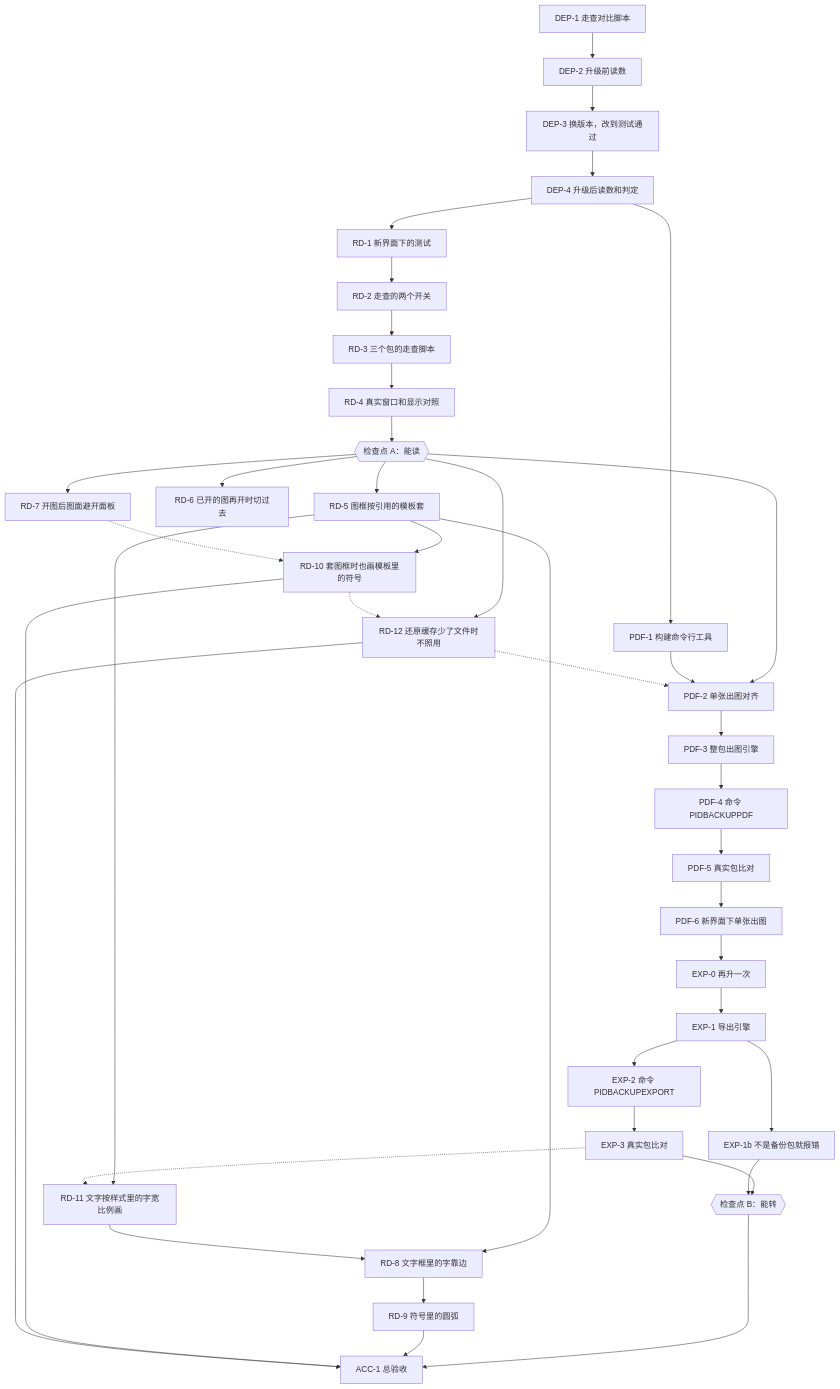
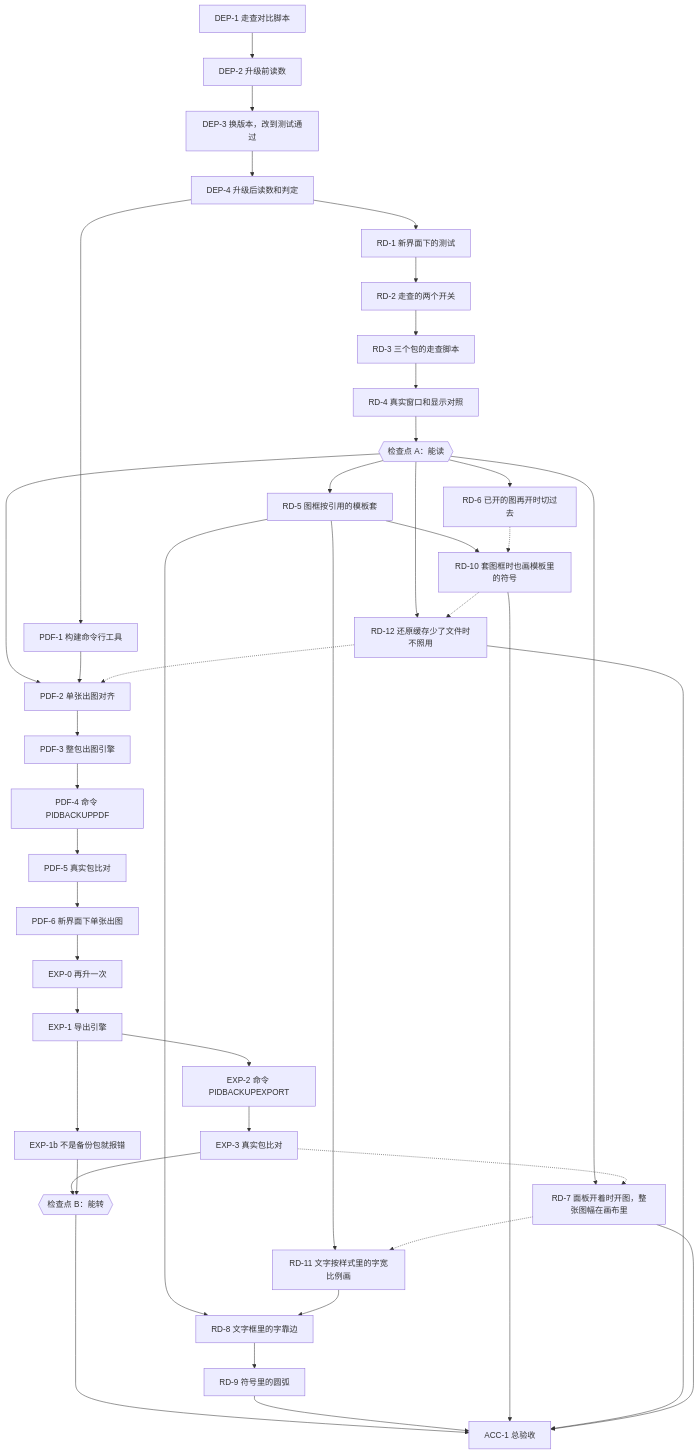
One commit to happyrust/OpenCADStudio changed the diagram in docs/plans/2026-11-17-sppid-backup-publish/plan.md. Above: the diagram before and after it, drawn with Mermaid. The commit also changed other lines of this file and 3 other files, not shown here.

````diff
--- a/docs/plans/2026-11-17-sppid-backup-publish/plan.md
+++ b/docs/plans/2026-11-17-sppid-backup-publish/plan.md
@@ -95,42 +95,44 @@
 ```mermaid
 flowchart TD
     DEP1["DEP-1 走查对比脚本"] --> DEP2["DEP-2 升级前读数"]
     DEP2 --> DEP3["DEP-3 换版本，改到测试通过"]
     DEP3 --> DEP4["DEP-4 升级后读数和判定"]
     DEP4 --> RD1["RD-1 新界面下的测试"]
     RD1 --> RD2["RD-2 走查的两个开关"]
     RD2 --> RD3["RD-3 三个包的走查脚本"]
     RD3 --> RD4["RD-4 真实窗口和显示对照"]
     RD4 --> A{{"检查点 A：能读"}}
     DEP4 --> PDF1["PDF-1 构建命令行工具"]
     A --> PDF2["PDF-2 单张出图对齐"]
     PDF1 --> PDF2
     PDF2 --> PDF3["PDF-3 整包出图引擎"]
     PDF3 --> PDF4["PDF-4 命令 PIDBACKUPPDF"]
     PDF4 --> PDF5["PDF-5 真实包比对"]
     PDF5 --> PDF6["PDF-6 新界面下单张出图"]
     PDF6 --> EXP0["EXP-0 再升一次"]
     EXP0 --> EXP1["EXP-1 导出引擎"]
     EXP1 --> EXP2["EXP-2 命令 PIDBACKUPEXPORT"]
     EXP2 --> EXP3["EXP-3 真实包比对"]
     EXP3 --> B{{"检查点 B：能转"}}
     EXP1 --> EXP1B["EXP-1b 不是备份包就报错"]
     EXP1B --> B
     B --> ACC1["ACC-1 总验收"]
     A --> RD5["RD-5 图框按引用的模板套"]
     A --> RD6["RD-6 已开的图再开时切过去"]
-    A --> RD7["RD-7 开图后图面避开面板"]
+    A --> RD7["RD-7 面板开着时开图，整张图幅在画布里"]
     RD5 --> RD10["RD-10 套图框时也画模板里的符号"]
     A --> RD12["RD-12 还原缓存少了文件时不照用"]
     RD5 --> RD11["RD-11 文字按样式里的字宽比例画"]
     RD5 --> RD8["RD-8 文字框里的字靠边"]
     RD11 --> RD8
     RD8 --> RD9["RD-9 符号里的圆弧"]
     RD9 --> ACC1
     RD10 --> ACC1
     RD12 --> ACC1
-    RD7 -.-> RD10
+    RD7 --> ACC1
+    RD6 -.-> RD10
     RD10 -.-> RD12
     RD12 -.-> PDF2
-    EXP3 -.-> RD11
+    EXP3 -.-> RD7
+    RD7 -.-> RD11
 ```
````
